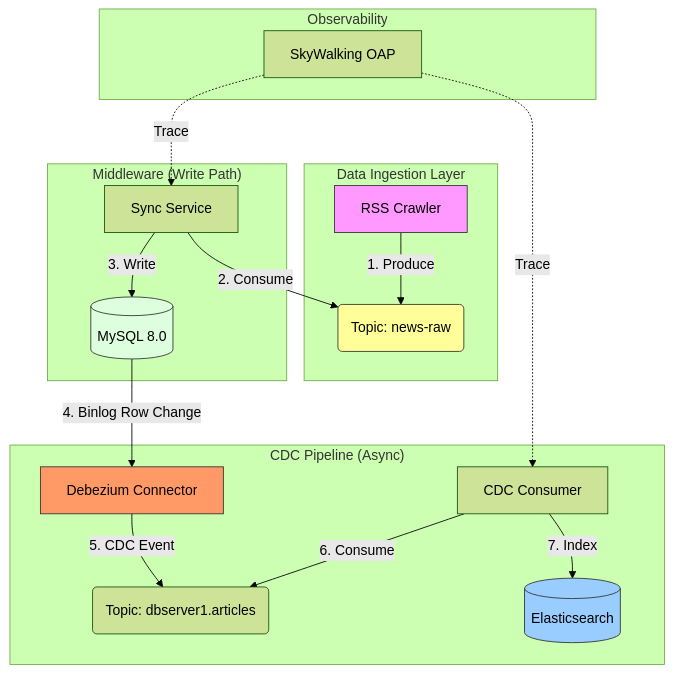
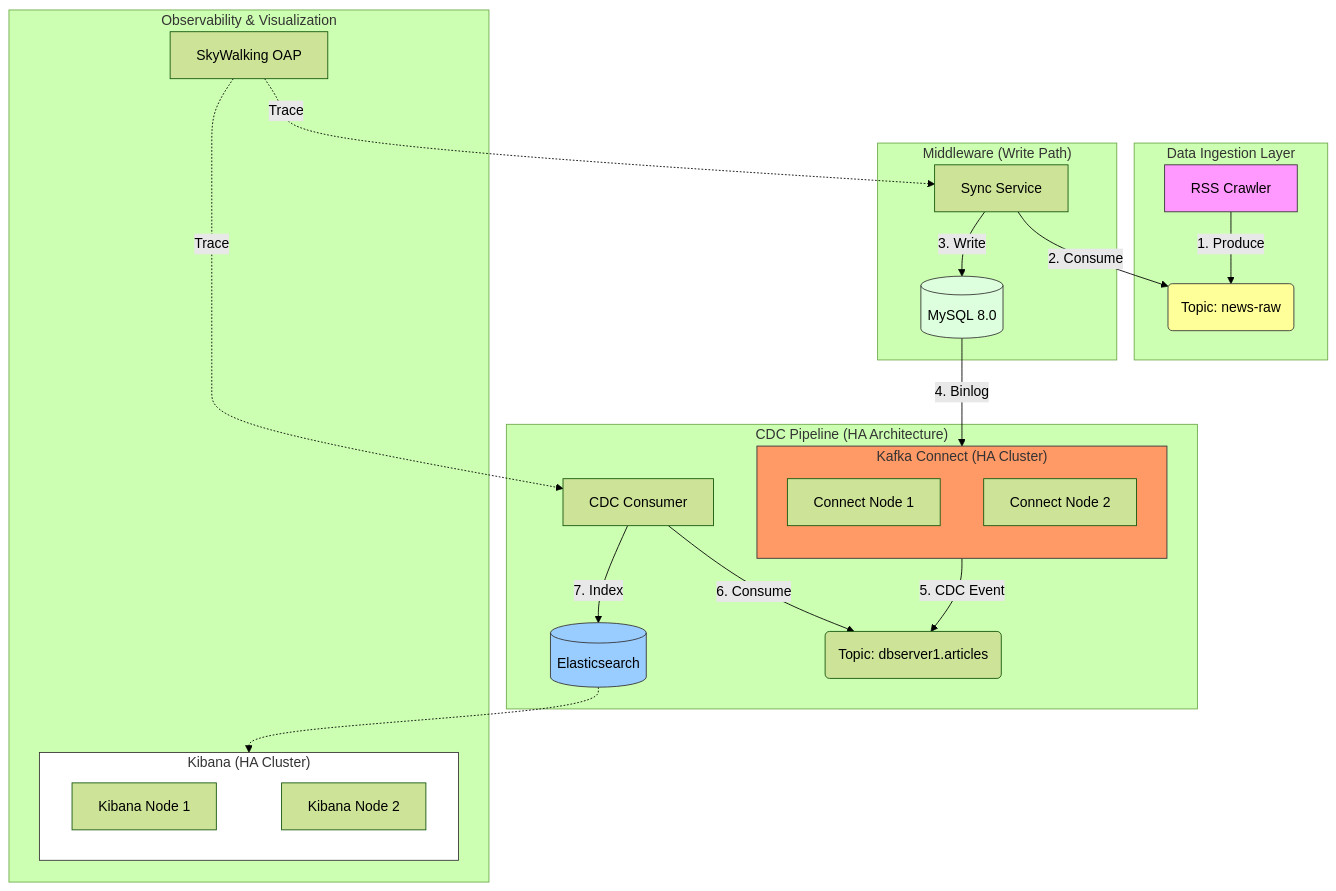
The diagram in README.md (geyuxu/search-data-sync-platform), drawn with Mermaid (forest theme) before and after one commit.

Commit message:
docs: Update architecture diagram to show Kafka Connect HA cluster in CDC pipeline and add Kibana HA cluster to observability.

````diff
--- a/README.md
+++ b/README.md
@@ -14,32 +14,47 @@
 ```mermaid
 graph TD;
     %% Data Ingestion
     subgraph Ingestion ["Data Ingestion Layer"]
         Crawler[RSS Crawler] -->|1. Produce| KafkaRaw(Topic: news-raw)
         style Crawler fill:#f9f,stroke:#333
         style KafkaRaw fill:#ff9,stroke:#333
     end
 
     %% Middleware Write Path
     subgraph Middleware ["Middleware (Write Path)"]
         SyncService[Sync Service] -->|2. Consume| KafkaRaw
         SyncService -->|3. Write| MySQL[(MySQL 8.0)]
         style MySQL fill:#dfd,stroke:#333
     end
 
     %% CDC Pipeline
-    subgraph CDC ["CDC Pipeline (Async)"]
-        MySQL -->|4. Binlog Row Change| Debezium[Debezium Connector]
-        Debezium -->|5. CDC Event| KafkaCDC(Topic: dbserver1.articles)
+    subgraph CDC ["CDC Pipeline (HA Architecture)"]
+        MySQL -->|4. Binlog| ConnectCluster
+        
+        subgraph ConnectCluster ["Kafka Connect (HA Cluster)"]
+            direction BT
+            C1[Connect Node 1]
+            C2[Connect Node 2]
+        end
+        
+        ConnectCluster -->|5. CDC Event| KafkaCDC(Topic: dbserver1.articles)
+        
         CdcConsumer[CDC Consumer] -->|6. Consume| KafkaCDC
         CdcConsumer -->|7. Index| ES[(Elasticsearch)]
-        style Debezium fill:#f96,stroke:#333
+        
+        style ConnectCluster fill:#f96,stroke:#333
         style ES fill:#9cf,stroke:#333
     end
 
-    %% Observability
-    subgraph Obs ["Observability"]
+    %% Observability & Vis
+    subgraph Obs ["Observability & Visualization"]
         SkyWalking[SkyWalking OAP] -.->|Trace| SyncService
         SkyWalking -.->|Trace| CdcConsumer
+        
+        ES -.-> KibanaCluster
+        subgraph KibanaCluster ["Kibana (HA Cluster)"]
+            K1[Kibana Node 1] ~~~ K2[Kibana Node 2]
+        end
+        style KibanaCluster fill:#fff,stroke:#333
     end
 ```
````
